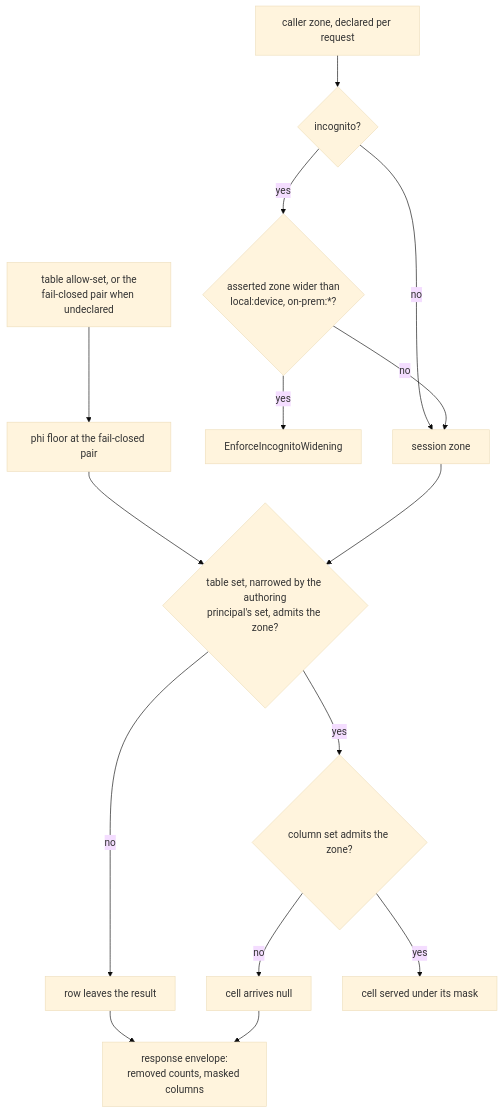
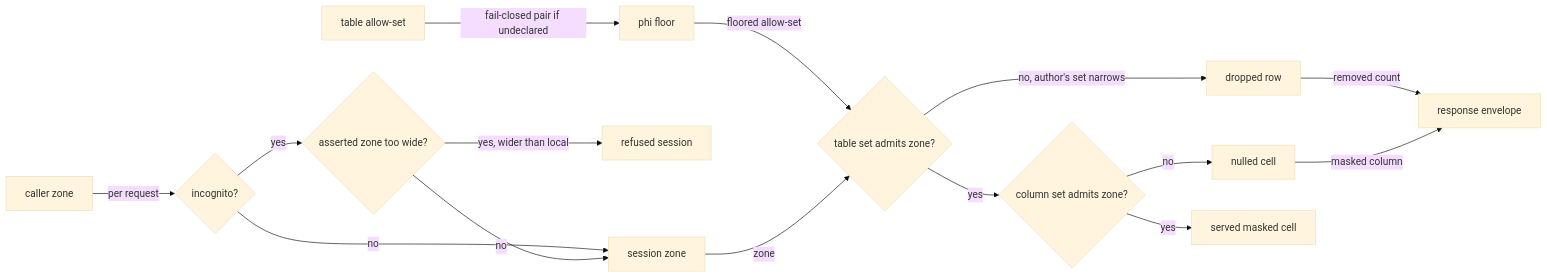
The third of 4 diagrams in spec/51-enforcement.md (fractalboxdev/contextful), drawn with Mermaid (base theme) before and after one commit. The commit also changed other lines of this file and 44 other files, not shown here.

First line of the commit message:
spec: diagrams draw entities and flows, and the checker enforces it (#12)

````diff
--- a/spec/51-enforcement.md
+++ b/spec/51-enforcement.md
@@ -326,17 +326,17 @@
 ```mermaid
-flowchart TD
-  CZ["caller zone, declared per request"] --> INC{"incognito?"}
-  INC -- no --> Z["session zone"]
-  INC -- yes --> PIN{"asserted zone wider than<br/>local:device, on-prem:*?"}
-  PIN -- yes --> E1["EnforceIncognitoWidening"]
-  PIN -- no --> Z
-  TS["table allow-set, or the<br/>fail-closed pair when undeclared"] --> FL["phi floor at the fail-closed pair"]
-  FL --> TE{"table set, narrowed by the authoring<br/>principal's set, admits the zone?"}
-  Z --> TE
-  TE -- no --> DROP["row leaves the result"]
-  TE -- yes --> CE{"column set admits the zone?"}
-  CE -- no --> NUL["cell arrives null"]
-  CE -- yes --> SRV["cell served under its mask"]
-  DROP --> ENV["response envelope:<br/>removed counts, masked columns"]
-  NUL --> ENV
+flowchart LR
+  CZ["caller zone"] -- "per request" --> INC{"incognito?"}
+  INC -- "no" --> Z["session zone"]
+  INC -- "yes" --> PIN{"asserted zone too wide?"}
+  PIN -- "yes, wider than local" --> E1["refused session"]
+  PIN -- "no" --> Z
+  TS["table allow-set"] -- "fail-closed pair if undeclared" --> FL["phi floor"]
+  FL -- "floored allow-set" --> TE{"table set admits zone?"}
+  Z -- "zone" --> TE
+  TE -- "no, author's set narrows" --> DROP["dropped row"]
+  TE -- "yes" --> CE{"column set admits zone?"}
+  CE -- "no" --> NUL["nulled cell"]
+  CE -- "yes" --> SRV["served masked cell"]
+  DROP -- "removed count" --> ENV["response envelope"]
+  NUL -- "masked column" --> ENV
 ```
````
